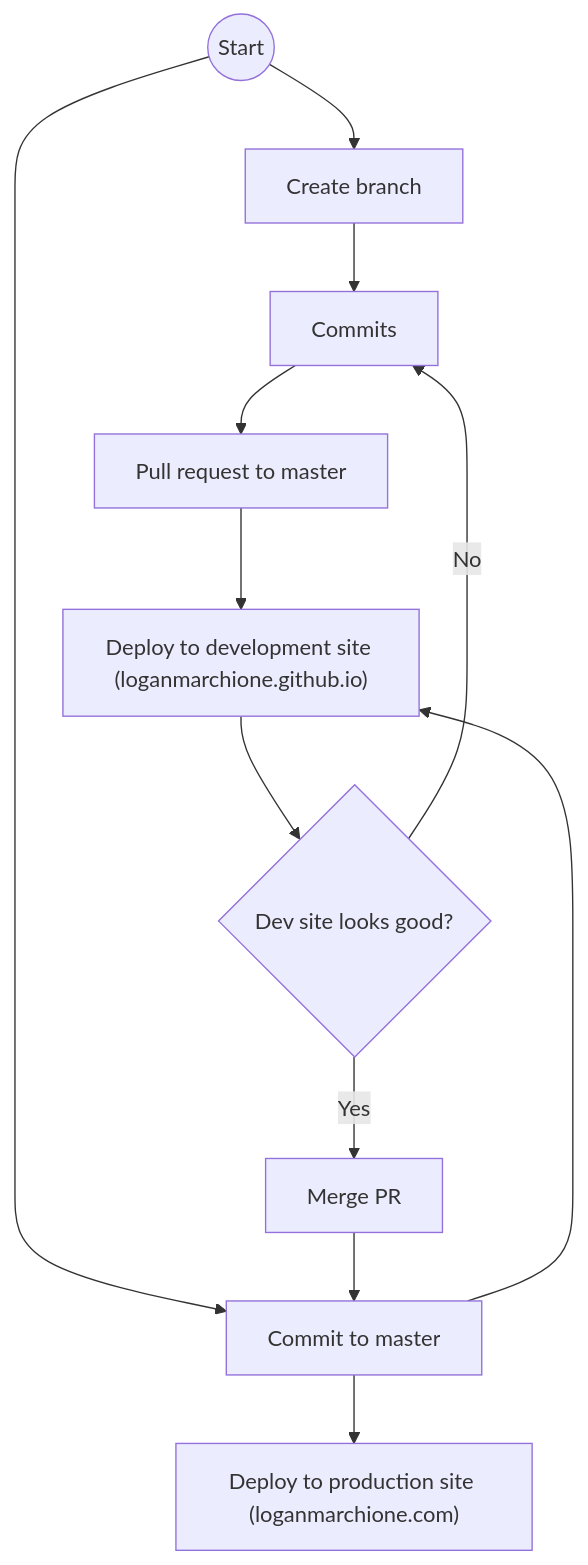
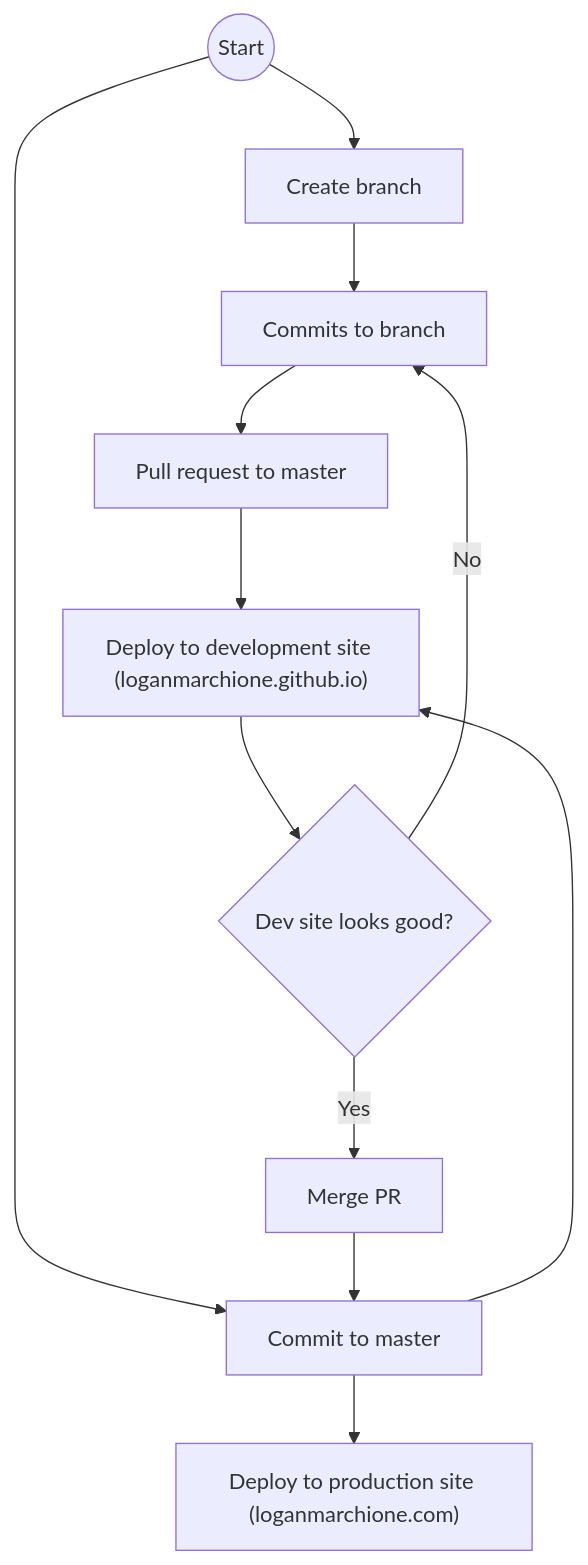
The diagram in README.md (loganmarchione/loganmarchione.com), drawn with Mermaid before and after one commit.

````diff
--- a/README.md
+++ b/README.md
@@ -41,12 +41,12 @@
 ```mermaid
   graph TD
     A((Start)) --> B[Create branch] & C[Commit to master]
-    B --> D[Commits]
+    B --> D[Commits to branch]
     C --> AA["Deploy to production site (loganmarchione.com)"] & BB["Deploy to development site (loganmarchione.github.io)"]
     D --> E[Pull request to master]
     G --> C
     E --> BB
     H{Dev site looks good?} -- No --> D
     BB --> H
     H -- Yes --> G[Merge PR]
 ```
````
